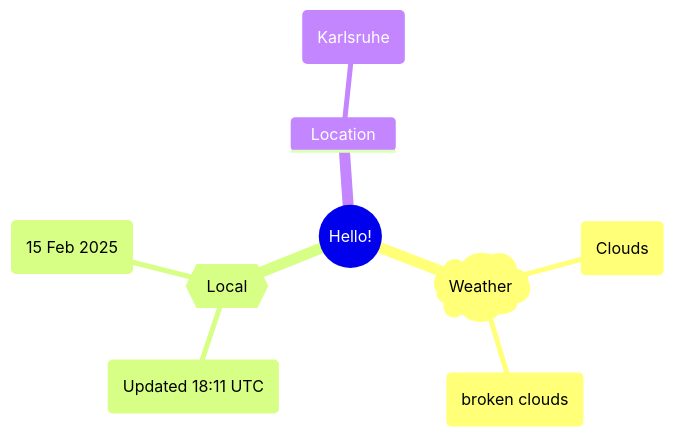
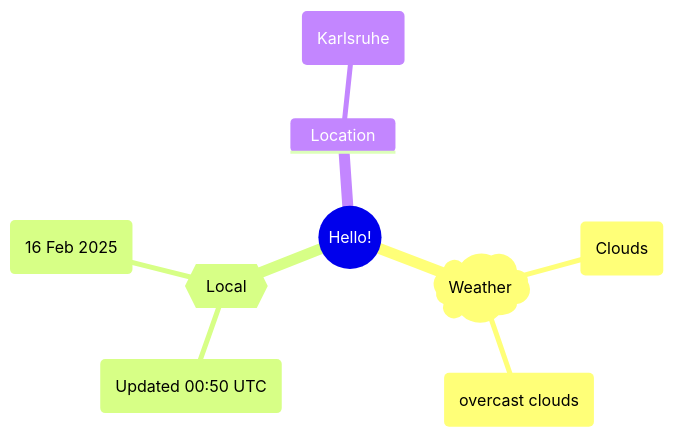
Before and after one commit to Xosrov/Xosrov: the first of 2 diagrams in README.md, drawn with Mermaid.

Commit message:
[bot] updated images

````diff
--- a/README.md
+++ b/README.md
@@ -3,12 +3,12 @@
 ```mermaid
 mindmap
   root((Hello!))
     )Weather(
         (Clouds)
-        (broken clouds)
+        (overcast clouds)
     {{Local}}
-        (Updated 18:11 UTC)
-        (15 Feb 2025)
+        (Updated 00:50 UTC)
+        (16 Feb 2025)
     Location
         (Karlsruhe)
 ```
````
